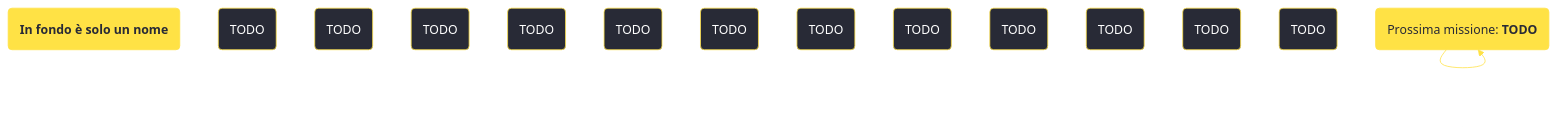
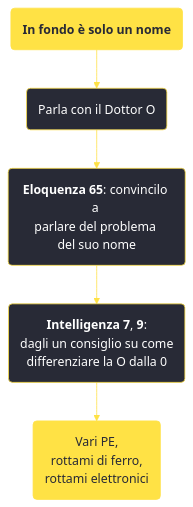
Before and after one commit to persy/wastelander: the diagram in content/voci/fallout new vegas/missioni/In fondo è solo un nome.md, drawn with Mermaid. The commit also changed 174 other files, not shown here.

````diff
--- a/content/voci/fallout new vegas/missioni/In fondo è solo un nome.md
+++ b/content/voci/fallout new vegas/missioni/In fondo è solo un nome.md
@@ -32,24 +32,15 @@
 ```mermaid
 %%{init: {'theme': 'base', 'themeVariables': { 'primaryColor': '#282a36', 'primaryBorderColor': '#ffe245', 'primaryTextColor': '#fff', 'lineColor': '#ffe245', 'fontFamily': 'Jura'}}}%%
 graph TD;
     id1(<b>In fondo è solo un nome</b>):::questfnv
-    id2(TODO)
-    id3(TODO)
-    id4(TODO)
-    id5(TODO)
-    id6(TODO)
-    id7(TODO) 
-    id8(TODO)
-    id9(TODO)
-    id10(TODO)
-    id11(TODO)
-    id12(TODO)
-    id13(TODO) 
-    id(TODO):::rewardfnv
-    id(Prossima missione: <b>TODO</b>):::questfnv
-    id-->id-->id-->id-->id-->id-->id
+    id2(Parla con il Dottor O)
+    id3(<b>Eloquenza 65</b>: convincilo a <br />parlare del problema <br />del suo nome )
+    id4(<b>Intelligenza 7</b>, <b>9</b>: <br />dagli un consiglio su come <br />differenziare la O dalla 0)
+    id5(Vari PE, <br />rottami di ferro, <br />rottami elettronici):::rewardfnv
+
+    id1-->id2-->id3-->id4-->id5
     
-    click id "../TODO"
+    
     classDef rewardfnv fill:#ffe245, stroke:#ffe245, color:#282a36;
     classDef questfnv fill:#ffe245, stroke:#ffe245, color:#282a36;
 ```
````
